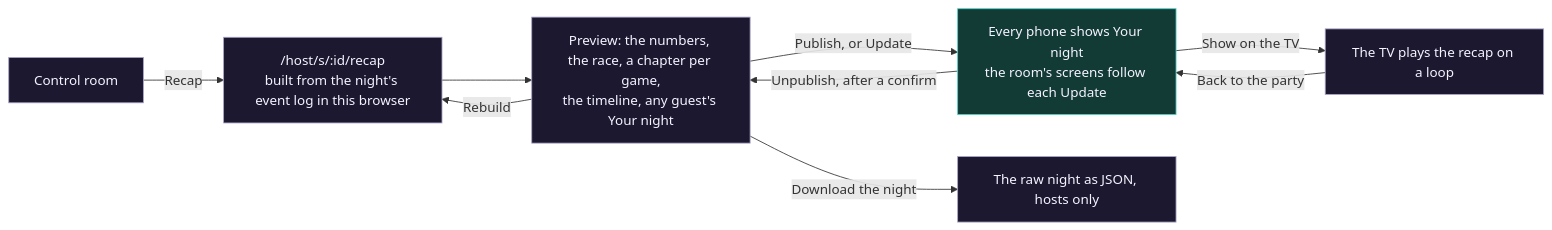
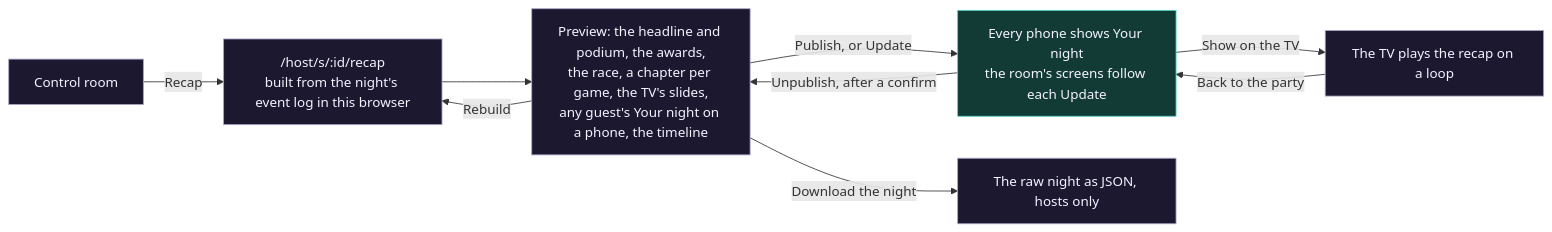
Before and after one commit to NicolaiLassen/hurra: the tenth of 14 diagrams in docs/user-flows.md, drawn with Mermaid. The commit also changed other lines of this file and 11 other files, not shown here.

````diff
--- a/docs/user-flows.md
+++ b/docs/user-flows.md
@@ -318,14 +318,14 @@
 ```mermaid
 flowchart LR
   classDef screen fill:#1b1830,stroke:#a9a3c7,color:#f5f3ff
   classDef closed fill:#123b36,stroke:#4fd1c5,color:#f5f3ff
 
   SP["Control room"]:::screen -- "Recap" --> BUILD["/host/s/:id/recap<br/>built from the night's event log in this browser"]:::screen
-  BUILD --> PREV["Preview: the numbers, the race, a chapter per game,<br/>the timeline, any guest's Your night"]:::screen
+  BUILD --> PREV["Preview: the headline and podium, the awards,<br/>the race, a chapter per game, the TV's slides,<br/>any guest's Your night on a phone, the timeline"]:::screen
   PREV -- "Publish, or Update" --> PUB["Every phone shows Your night<br/>the room's screens follow each Update"]:::closed
   PUB -- "Show on the TV" --> TVR["The TV plays the recap on a loop"]:::screen
   TVR -- "Back to the party" --> PUB
   PUB -- "Unpublish, after a confirm" --> PREV
   PREV -- "Rebuild" --> BUILD
   PREV -- "Download the night" --> FILE["The raw night as JSON, hosts only"]:::screen
 ```
````
